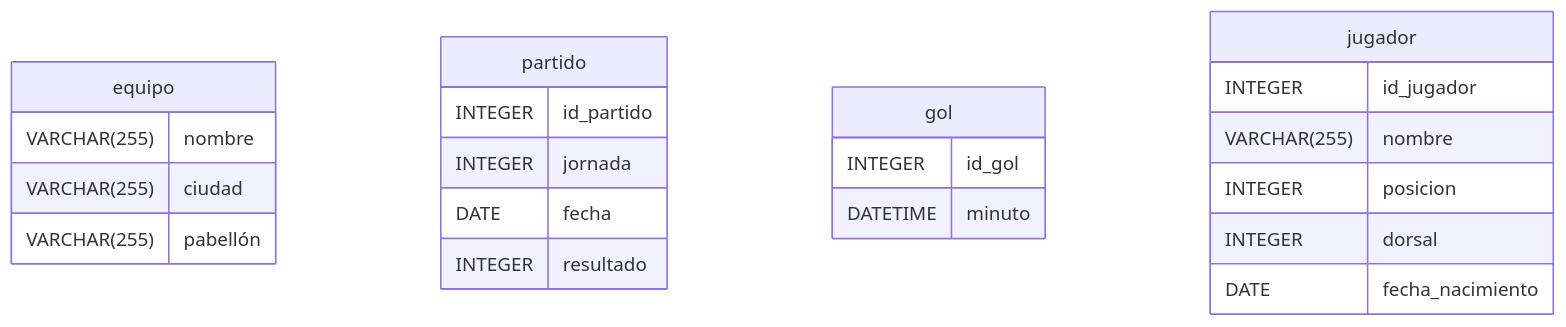
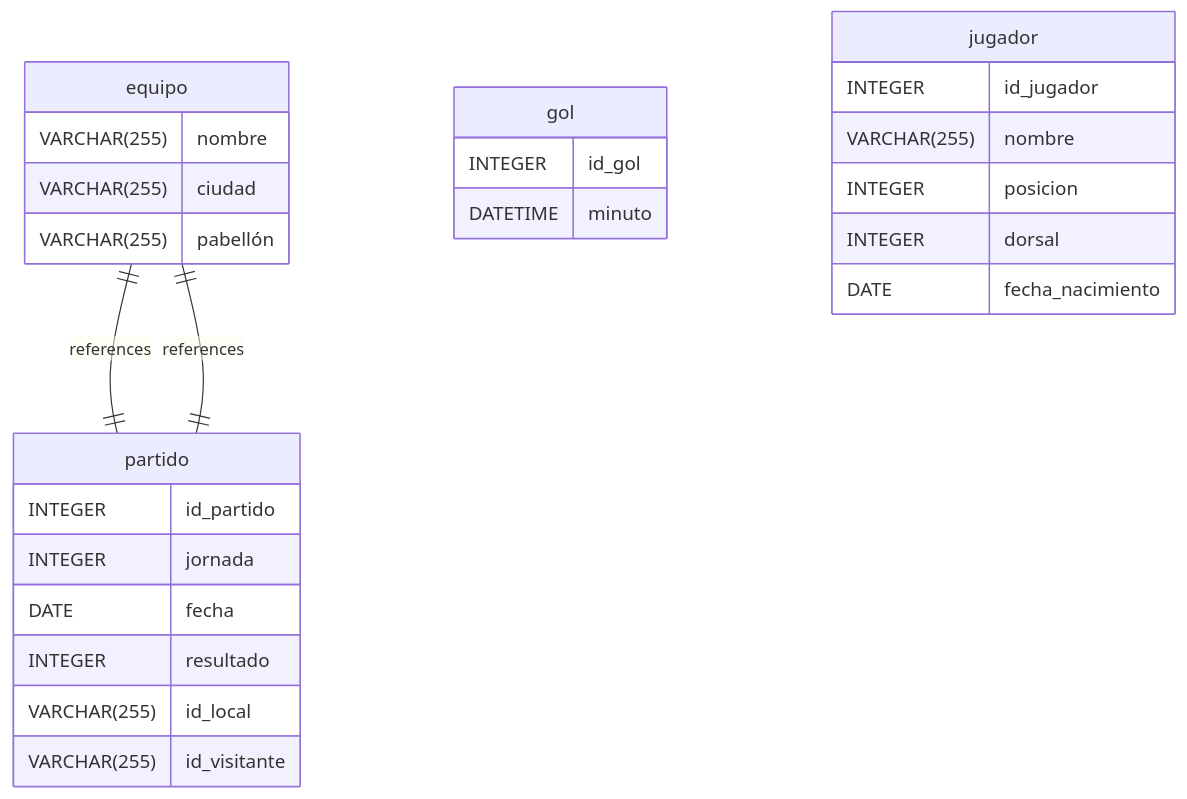
The diagram in bd/ejercicios/ejercicios-er-5/ejercicios-er-5.md (igimenom/castores), drawn with Mermaid before and after one commit.

````diff
--- a/bd/ejercicios/ejercicios-er-5/ejercicios-er-5.md
+++ b/bd/ejercicios/ejercicios-er-5/ejercicios-er-5.md
@@ -76,28 +76,33 @@
 ```mermaid
 erDiagram
+	equipo ||--|| partido : references
+	equipo ||--|| partido : references
+
 	equipo {
 		VARCHAR(255) nombre
 		VARCHAR(255) ciudad
 		VARCHAR(255) pabellón
 	}
 
 	partido {
 		INTEGER id_partido
 		INTEGER jornada
 		DATE fecha
 		INTEGER resultado
+		VARCHAR(255) id_local
+		VARCHAR(255) id_visitante
 	}
 
 	gol {
 		INTEGER id_gol
 		DATETIME minuto
 	}
 
 	jugador {
 		INTEGER id_jugador
 		VARCHAR(255) nombre
 		INTEGER posicion
 		INTEGER dorsal
 		DATE fecha_nacimiento
 	}
 ```
````
